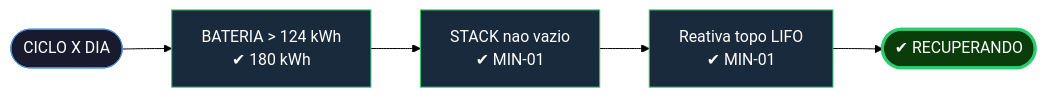
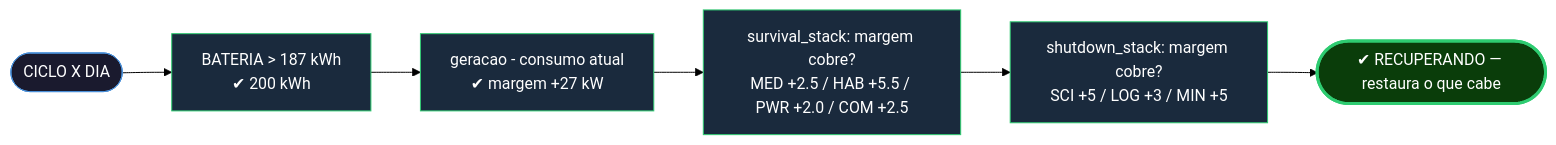
The sixth of 6 diagrams in README.md (juliaramosguedes/fiap-fase-3-aurora-siger), drawn with Mermaid (forest theme) before and after one commit. The commit also changed other lines of this file and 9 other files, not shown here.

First line of the commit message:
feat: survival mode for MED/HAB/PWR/COM, energy-gated recovery, visual report

````diff
--- a/README.md
+++ b/README.md
@@ -157,13 +159,15 @@
 ```mermaid
 flowchart LR
-    A([CICLO X DIA]) --> B["BATERIA > 124 kWh\n✔ 180 kWh"]
-    B --> C["STACK nao vazio\n✔ MIN-01"]
-    C --> D["Reativa topo LIFO\n✔ MIN-01"]
-    D --> E([✔ RECUPERANDO])
+    A([CICLO X DIA]) --> B["BATERIA > 187 kWh\n✔ 200 kWh"]
+    B --> C["geracao - consumo atual\n✔ margem +27 kW"]
+    C --> D["survival_stack: margem cobre?\nMED +2.5 / HAB +5.5 / PWR +2.0 / COM +2.5"]
+    D --> E["shutdown_stack: margem cobre?\nSCI +5 / LOG +3 / MIN +5"]
+    E --> F([✔ RECUPERANDO — restaura o que cabe])
 
     style A fill:#1a1a2e,color:#fff,stroke:#4a90d9
     style B fill:#1a2a3d,color:#fff,stroke:#2ecc71
     style C fill:#1a2a3d,color:#fff,stroke:#2ecc71
     style D fill:#1a2a3d,color:#fff,stroke:#2ecc71
-    style E fill:#0a3d0a,color:#fff,stroke:#2ecc71,stroke-width:3px
+    style E fill:#1a2a3d,color:#fff,stroke:#2ecc71
+    style F fill:#0a3d0a,color:#fff,stroke:#2ecc71,stroke-width:3px
 ```
````
